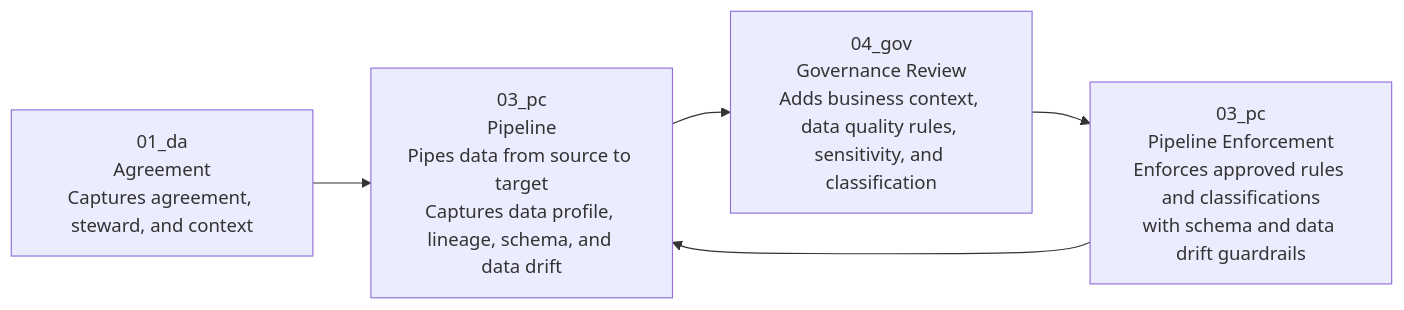
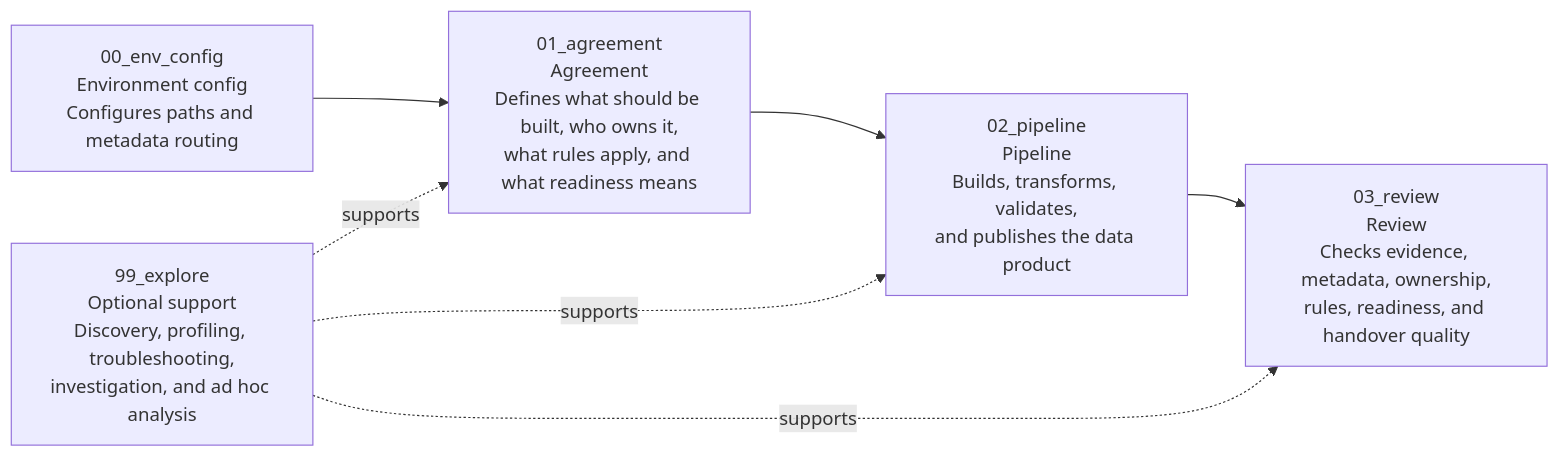
Before and after one commit to Voycepeh/FabricOps-Starter-Kit: the diagram in docs/how-fabricops-works/index.md, drawn with Mermaid. The commit also changed other lines of this file and 34 other files, not shown here.

Commit message:
Reorder templates for v1 delivery flow

````diff
--- a/docs/how-fabricops-works/index.md
+++ b/docs/how-fabricops-works/index.md
@@ -9,7 +9,9 @@
 ```mermaid
 flowchart LR
-    DA["01_da<br/>Agreement<br/>Captures agreement, steward, and context"] --> PC["03_pc<br/>Pipeline<br/>Pipes data from source to target<br/>Captures data profile, lineage, schema, and data drift"]
-    PC --> GOV["04_gov<br/>Governance Review<br/>Adds business context, data quality rules, sensitivity, and classification"]
-    GOV --> ENF["03_pc<br/>Pipeline Enforcement<br/>Enforces approved rules and classifications<br/>with schema and data drift guardrails"]
-    ENF --> PC
+    ENV["00_env_config<br/>Environment config<br/>Configures paths and metadata routing"] --> DA["01_agreement<br/>Agreement<br/>Defines what should be built, who owns it,<br/>what rules apply, and what readiness means"]
+    DA --> PC["02_pipeline<br/>Pipeline<br/>Builds, transforms, validates,<br/>and publishes the data product"]
+    PC --> REV["03_review<br/>Review<br/>Checks evidence, metadata, ownership,<br/>rules, readiness, and handover quality"]
+    EXP["99_explore<br/>Optional support<br/>Discovery, profiling, troubleshooting,<br/>investigation, and ad hoc analysis"] -. supports .-> DA
+    EXP -. supports .-> PC
+    EXP -. supports .-> REV
 ```
````
